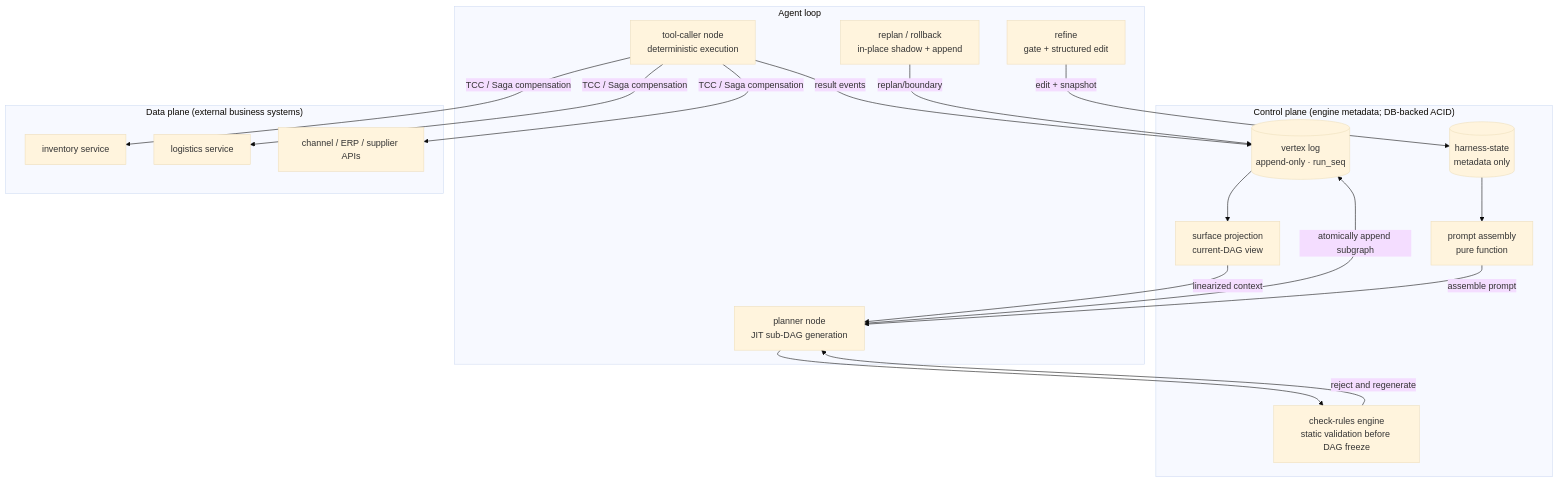
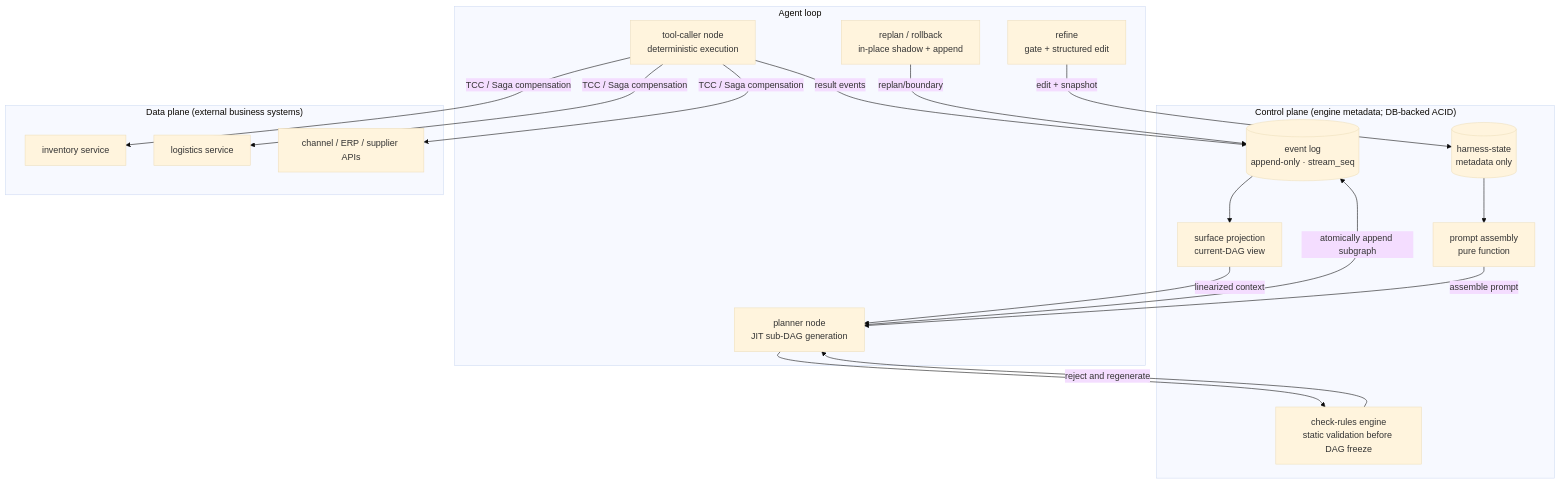
One commit to linuxb/flory-ai changed the diagram in doc/design/00-overview.md. Above: the diagram before and after it, drawn with Mermaid (base theme). The commit also changed other lines of this file and 18 other files, not shown here.

Commit message:
docs: align event log and offline fork semantics

````diff
--- a/doc/design/00-overview.md
+++ b/doc/design/00-overview.md
@@ -45,35 +47,35 @@
 ```mermaid
 flowchart TB
     subgraph ControlPlane["Control plane (engine metadata; DB-backed ACID)"]
-        VL[("vertex log<br/>append-only · run_seq")]
+        VL[("event log<br/>append-only · stream_seq")]
         SF["surface projection<br/>current-DAG view"]
         CR["check-rules engine<br/>static validation before DAG freeze"]
         HS[("harness-state<br/>metadata only")]
         PA["prompt assembly<br/>pure function"]
     end
 
     subgraph AgentLoop["Agent loop"]
         P["planner node<br/>JIT sub-DAG generation"]
         T["tool-caller node<br/>deterministic execution"]
         RP["replan / rollback<br/>in-place shadow + append"]
         RF["refine<br/>gate + structured edit"]
     end
 
     subgraph DataPlane["Data plane (external business systems)"]
         INV["inventory service"]
         LOG["logistics service"]
         CH["channel / ERP / supplier APIs"]
     end
 
     P -- "atomically append subgraph" --> VL
     VL --> SF
     SF -- "linearized context" --> P
     P --> CR
     CR -- "reject and regenerate" --> P
     T -- "TCC / Saga compensation" --> INV & LOG & CH
     T -- "result events" --> VL
     RP -- "replan/boundary" --> VL
     RF -- "edit + snapshot" --> HS
     HS --> PA
     PA -- "assemble prompt" --> P
 ```
````
